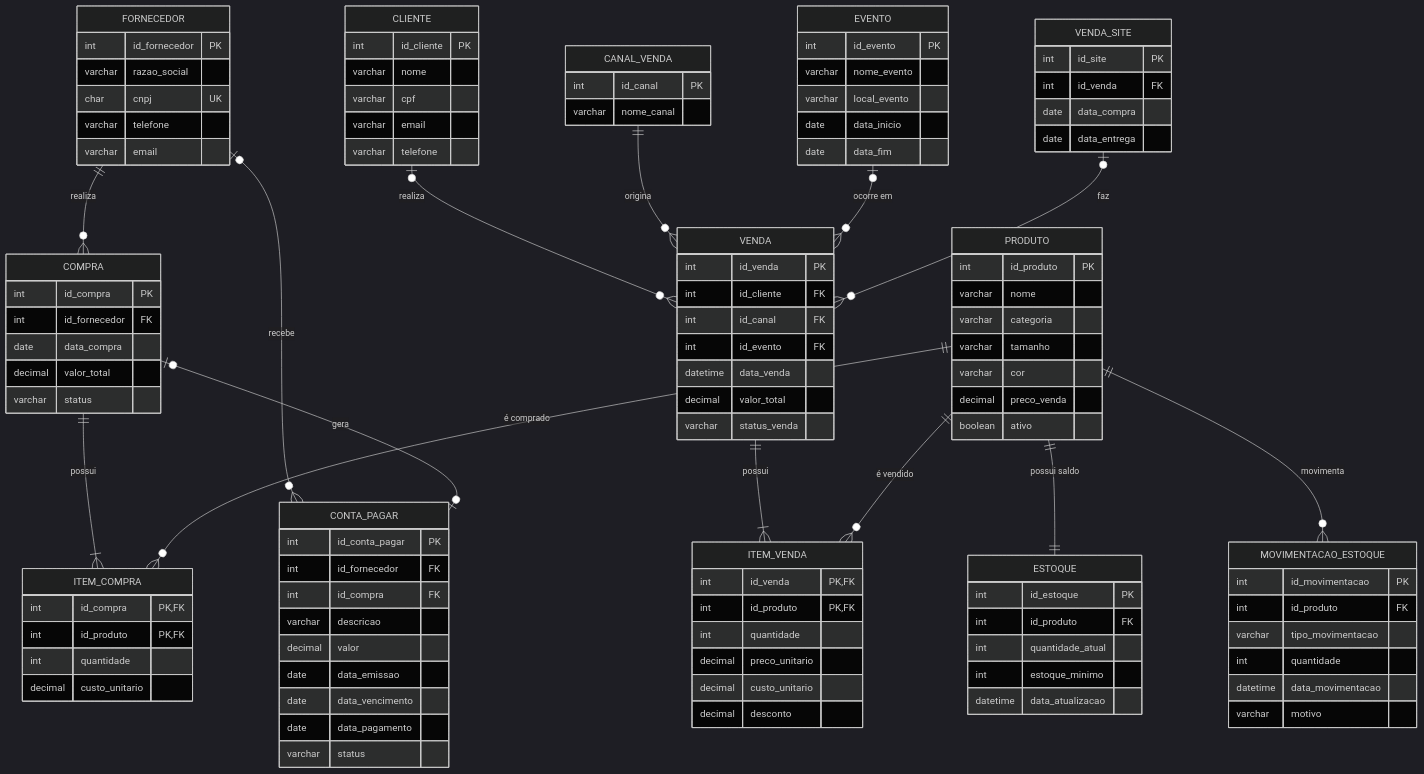
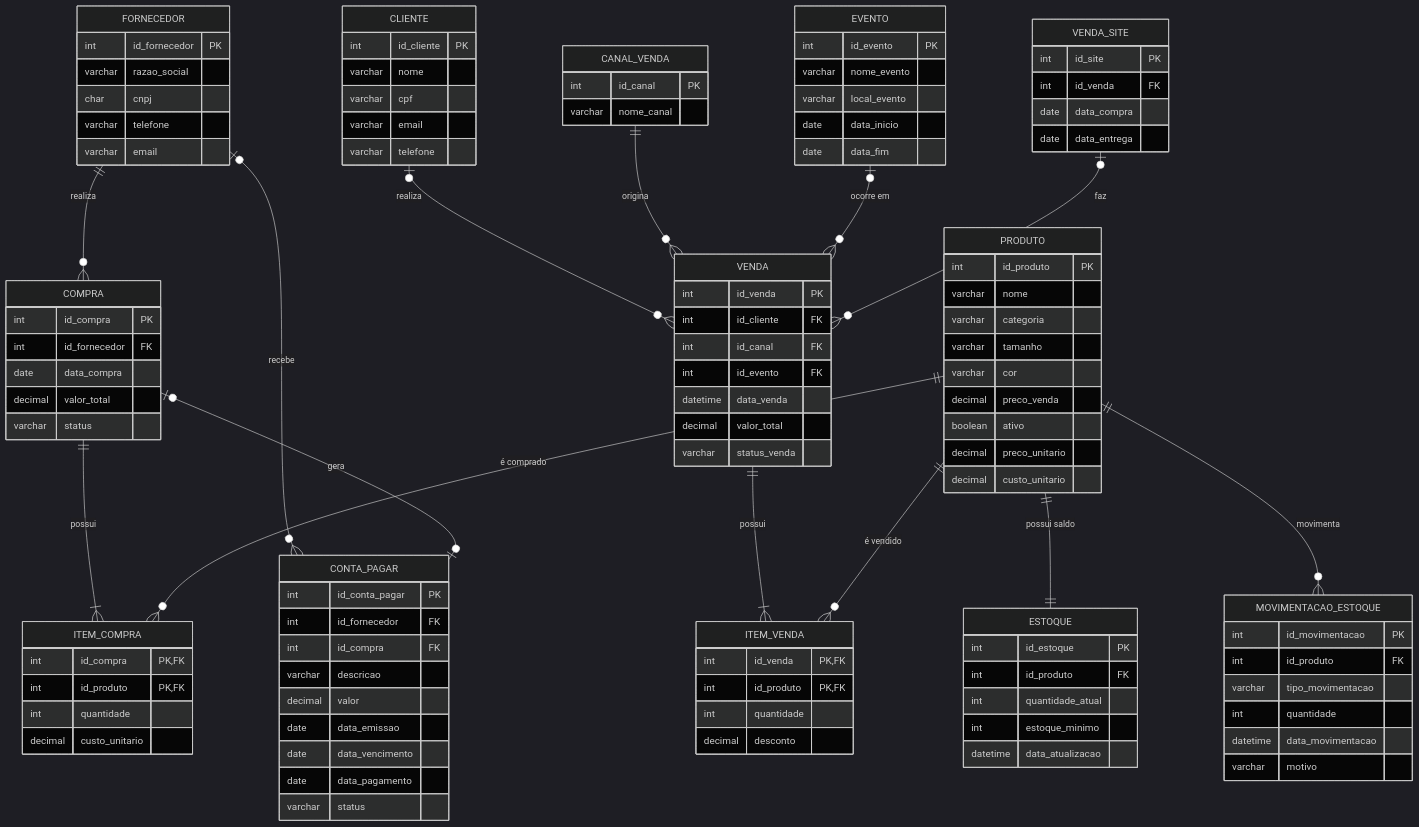
Before and after one commit to Larycronx/Der_Banco_De_Dados: the diagram in DER/der.mmd, drawn with Mermaid (dark theme).

```diff
--- a/DER/der.mmd
+++ b/DER/der.mmd
@@ -1,123 +1,123 @@
 
 erDiagram
     FORNECEDOR ||--o{ COMPRA : "realiza"
     COMPRA ||--|{ ITEM_COMPRA : "possui"
     PRODUTO ||--o{ ITEM_COMPRA : "é comprado"
     PRODUTO ||--|| ESTOQUE : "possui saldo"
     PRODUTO ||--o{ MOVIMENTACAO_ESTOQUE : "movimenta"
     CLIENTE o|--o{ VENDA : "realiza"
     CANAL_VENDA ||--o{ VENDA : "origina"
     EVENTO o|--o{ VENDA : "ocorre em"
     VENDA ||--|{ ITEM_VENDA : "possui"
     PRODUTO ||--o{ ITEM_VENDA : "é vendido"
     FORNECEDOR o|--o{ CONTA_PAGAR : "recebe"
     COMPRA o|--o| CONTA_PAGAR : "gera"
     VENDA_SITE o|--o{ VENDA : "faz"
     PRODUTO {
         int id_produto PK
         varchar nome
         varchar categoria
         varchar tamanho
         varchar cor
         decimal preco_venda
         boolean ativo
+       decimal preco_unitario
+        decimal custo_unitario
     }
 
     ESTOQUE {
         int id_estoque PK
         int id_produto FK
         int quantidade_atual
         int estoque_minimo
         datetime data_atualizacao
     }
 
     MOVIMENTACAO_ESTOQUE {
         int id_movimentacao PK
         int id_produto FK
         varchar tipo_movimentacao
         int quantidade
         datetime data_movimentacao
         varchar motivo
     }
 
     FORNECEDOR {
         int id_fornecedor PK
         varchar razao_social
-        char cnpj UK
+        char cnpj
         varchar telefone
         varchar email
     }
 
     COMPRA {
         int id_compra PK
         int id_fornecedor FK
         date data_compra
         decimal valor_total
         varchar status
     }
 
     ITEM_COMPRA {
         int id_compra PK, FK
         int id_produto PK, FK
         int quantidade
         decimal custo_unitario
     }
 
     CLIENTE {
         int id_cliente PK
         varchar nome
         varchar cpf
         varchar email
         varchar telefone
     }
 
     CANAL_VENDA {
         int id_canal PK
         varchar nome_canal
     }
 
     VENDA_SITE {
         int id_site PK
         int id_venda FK
         date data_compra
         date data_entrega
     }
 
     EVENTO {
         int id_evento PK
         varchar nome_evento
         varchar local_evento
         date data_inicio
         date data_fim
     }
 
     VENDA {
         int id_venda PK
         int id_cliente FK
         int id_canal FK
         int id_evento FK
         datetime data_venda
         decimal valor_total
         varchar status_venda
     }
 
     ITEM_VENDA {
         int id_venda PK, FK
         int id_produto PK, FK
         int quantidade
-        decimal preco_unitario
-        decimal custo_unitario
         decimal desconto
     }
 
     CONTA_PAGAR {
         int id_conta_pagar PK
         int id_fornecedor FK
         int id_compra FK
         varchar descricao
         decimal valor
         date data_emissao
         date data_vencimento
         date data_pagamento
         varchar status
     }
```
